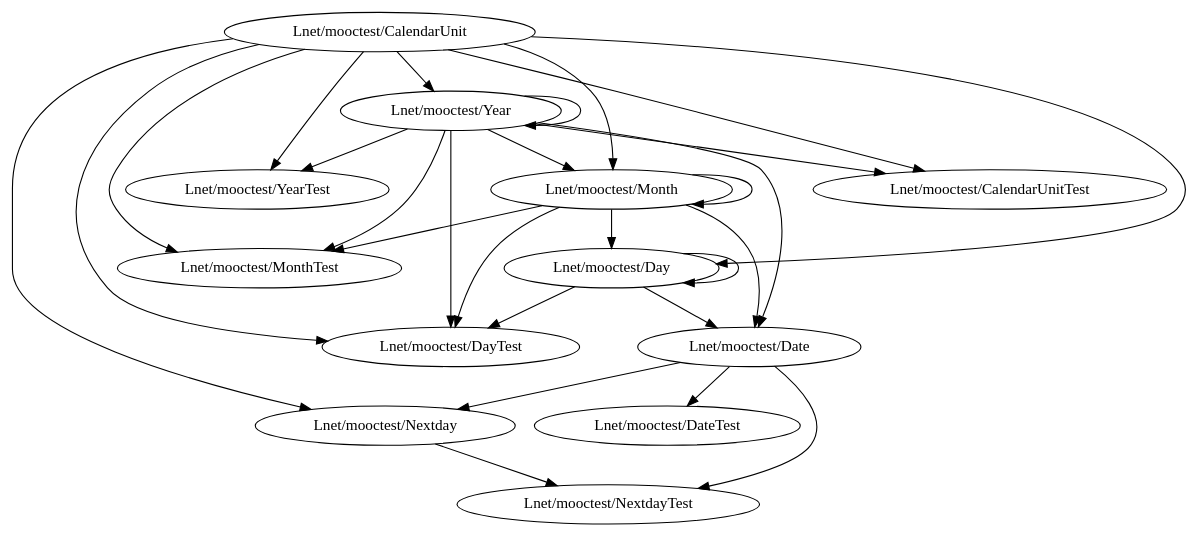
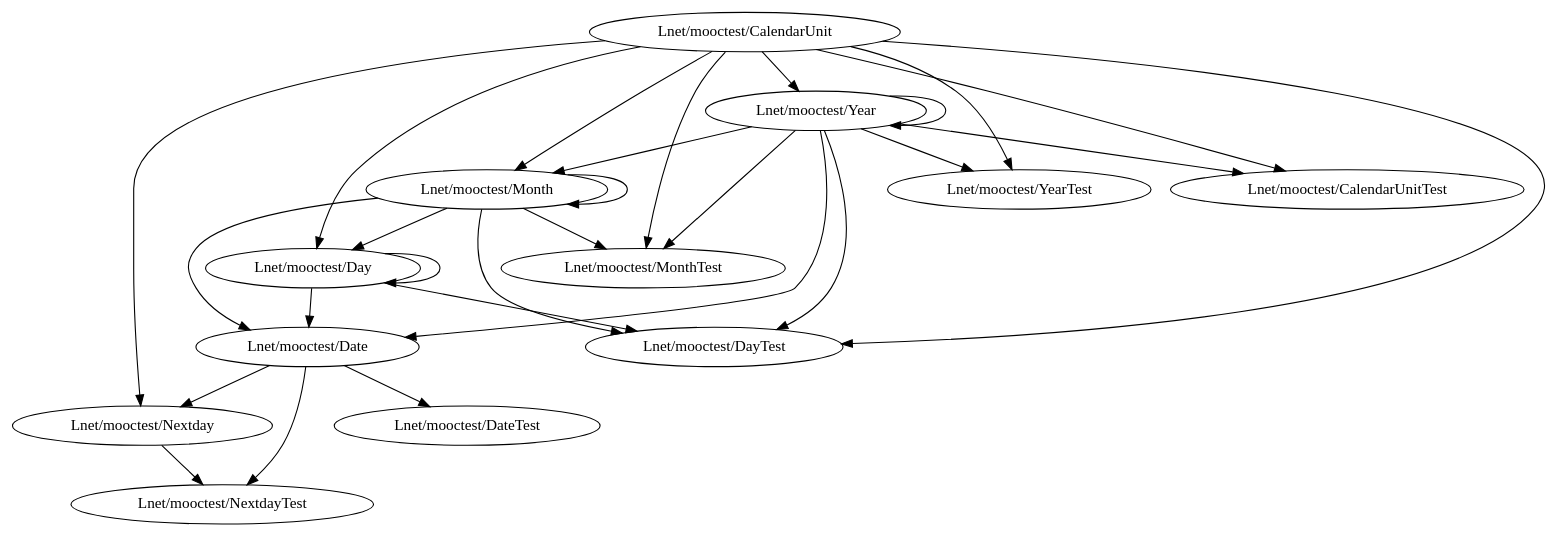
One commit to sunflower-zzn/AutomatedTesting2020 changed the diagram in Report/4-NextDay-class.dot. Above: the diagram before and after it, drawn with Graphviz. The commit also changed 43 other files, not shown here.

```diff
--- a/Report/4-NextDay-class.dot
+++ b/Report/4-NextDay-class.dot
@@ -1,29 +1,29 @@
-digraph cmd_method {
-	"Lnet/mooctest/Year" -> "Lnet/mooctest/Year"
-	"Lnet/mooctest/Year" -> "Lnet/mooctest/YearTest"
-	"Lnet/mooctest/Year" -> "Lnet/mooctest/Month"
-	"Lnet/mooctest/Year" -> "Lnet/mooctest/CalendarUnitTest"
-	"Lnet/mooctest/Year" -> "Lnet/mooctest/Date"
-	"Lnet/mooctest/Year" -> "Lnet/mooctest/DayTest"
-	"Lnet/mooctest/Year" -> "Lnet/mooctest/MonthTest"
-	"Lnet/mooctest/CalendarUnit" -> "Lnet/mooctest/Year"
-	"Lnet/mooctest/CalendarUnit" -> "Lnet/mooctest/Month"
-	"Lnet/mooctest/CalendarUnit" -> "Lnet/mooctest/YearTest"
-	"Lnet/mooctest/CalendarUnit" -> "Lnet/mooctest/Day"
-	"Lnet/mooctest/CalendarUnit" -> "Lnet/mooctest/CalendarUnitTest"
-	"Lnet/mooctest/CalendarUnit" -> "Lnet/mooctest/Nextday"
-	"Lnet/mooctest/CalendarUnit" -> "Lnet/mooctest/DayTest"
-	"Lnet/mooctest/CalendarUnit" -> "Lnet/mooctest/MonthTest"
-	"Lnet/mooctest/Month" -> "Lnet/mooctest/Month"
-	"Lnet/mooctest/Month" -> "Lnet/mooctest/Day"
-	"Lnet/mooctest/Month" -> "Lnet/mooctest/Date"
-	"Lnet/mooctest/Month" -> "Lnet/mooctest/DayTest"
-	"Lnet/mooctest/Month" -> "Lnet/mooctest/MonthTest"
-	"Lnet/mooctest/Day" -> "Lnet/mooctest/Day"
-	"Lnet/mooctest/Day" -> "Lnet/mooctest/Date"
-	"Lnet/mooctest/Day" -> "Lnet/mooctest/DayTest"
-	"Lnet/mooctest/Nextday" -> "Lnet/mooctest/NextdayTest"
-	"Lnet/mooctest/Date" -> "Lnet/mooctest/DateTest"
-	"Lnet/mooctest/Date" -> "Lnet/mooctest/Nextday"
-	"Lnet/mooctest/Date" -> "Lnet/mooctest/NextdayTest"
+digraph cmd_class {
+	"Lnet/mooctest/Date" -> "Lnet/mooctest/DateTest";
+	"Lnet/mooctest/Date" -> "Lnet/mooctest/Nextday";
+	"Lnet/mooctest/CalendarUnit" -> "Lnet/mooctest/Month";
+	"Lnet/mooctest/CalendarUnit" -> "Lnet/mooctest/Year";
+	"Lnet/mooctest/CalendarUnit" -> "Lnet/mooctest/Day";
+	"Lnet/mooctest/Year" -> "Lnet/mooctest/Date";
+	"Lnet/mooctest/Year" -> "Lnet/mooctest/YearTest";
+	"Lnet/mooctest/Year" -> "Lnet/mooctest/CalendarUnitTest";
+	"Lnet/mooctest/Month" -> "Lnet/mooctest/Day";
+	"Lnet/mooctest/Month" -> "Lnet/mooctest/Month";
+	"Lnet/mooctest/Month" -> "Lnet/mooctest/MonthTest";
+	"Lnet/mooctest/Nextday" -> "Lnet/mooctest/NextdayTest";
+	"Lnet/mooctest/Year" -> "Lnet/mooctest/Month";
+	"Lnet/mooctest/Day" -> "Lnet/mooctest/Date";
+	"Lnet/mooctest/Day" -> "Lnet/mooctest/DayTest";
+	"Lnet/mooctest/Month" -> "Lnet/mooctest/DayTest";
+	"Lnet/mooctest/Month" -> "Lnet/mooctest/Date";
+	"Lnet/mooctest/Day" -> "Lnet/mooctest/Day";
+	"Lnet/mooctest/CalendarUnit" -> "Lnet/mooctest/DayTest";
+	"Lnet/mooctest/CalendarUnit" -> "Lnet/mooctest/YearTest";
+	"Lnet/mooctest/CalendarUnit" -> "Lnet/mooctest/MonthTest";
+	"Lnet/mooctest/CalendarUnit" -> "Lnet/mooctest/CalendarUnitTest";
+	"Lnet/mooctest/Year" -> "Lnet/mooctest/MonthTest";
+	"Lnet/mooctest/Year" -> "Lnet/mooctest/DayTest";
+	"Lnet/mooctest/Year" -> "Lnet/mooctest/Year";
+	"Lnet/mooctest/Date" -> "Lnet/mooctest/NextdayTest";
+	"Lnet/mooctest/CalendarUnit" -> "Lnet/mooctest/Nextday";
 }
```
